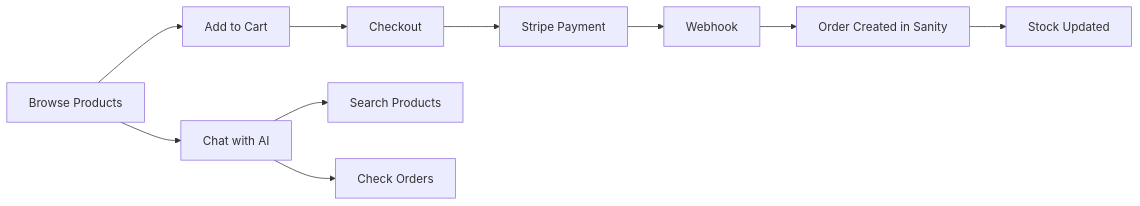
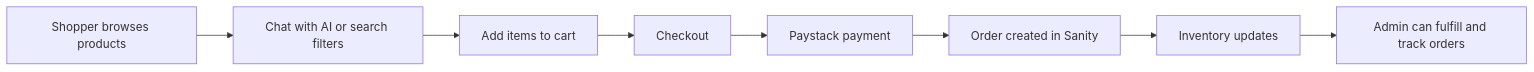
The first of 2 diagrams in README.md (Peculiars/beauty), drawn with Mermaid before and after one commit. The commit also changed other lines of this file, not shown here.

````diff
--- a/README.md
+++ b/README.md
@@ -168,13 +78,10 @@
 ```mermaid
 flowchart LR
-    A[Browse Products] --> B[Add to Cart]
-    B --> C[Checkout]
-    C --> D[Stripe Payment]
-    D --> E[Webhook]
-    E --> F[Order Created in Sanity]
-    F --> G[Stock Updated]
-    
-    A --> H[Chat with AI]
-    H --> I[Search Products]
-    H --> J[Check Orders]
+    A[Shopper browses products] --> B[Chat with AI or search filters]
+    B --> C[Add items to cart]
+    C --> D[Checkout]
+    D --> E[Paystack payment]
+    E --> F[Order created in Sanity]
+    F --> G[Inventory updates]
+    G --> H[Admin can fulfill and track orders]
 ```
````
